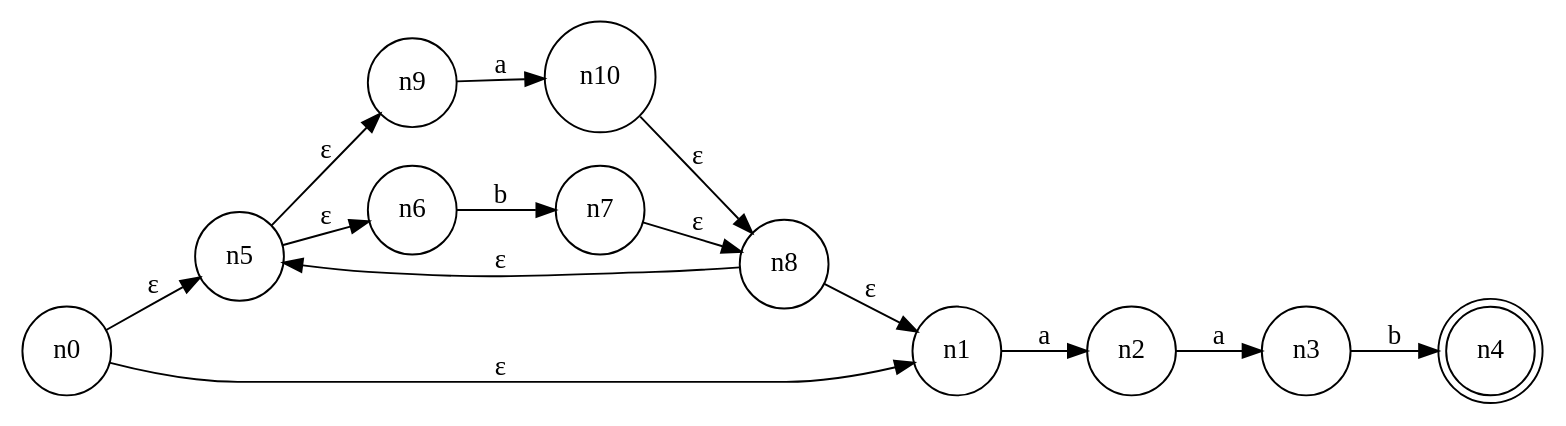
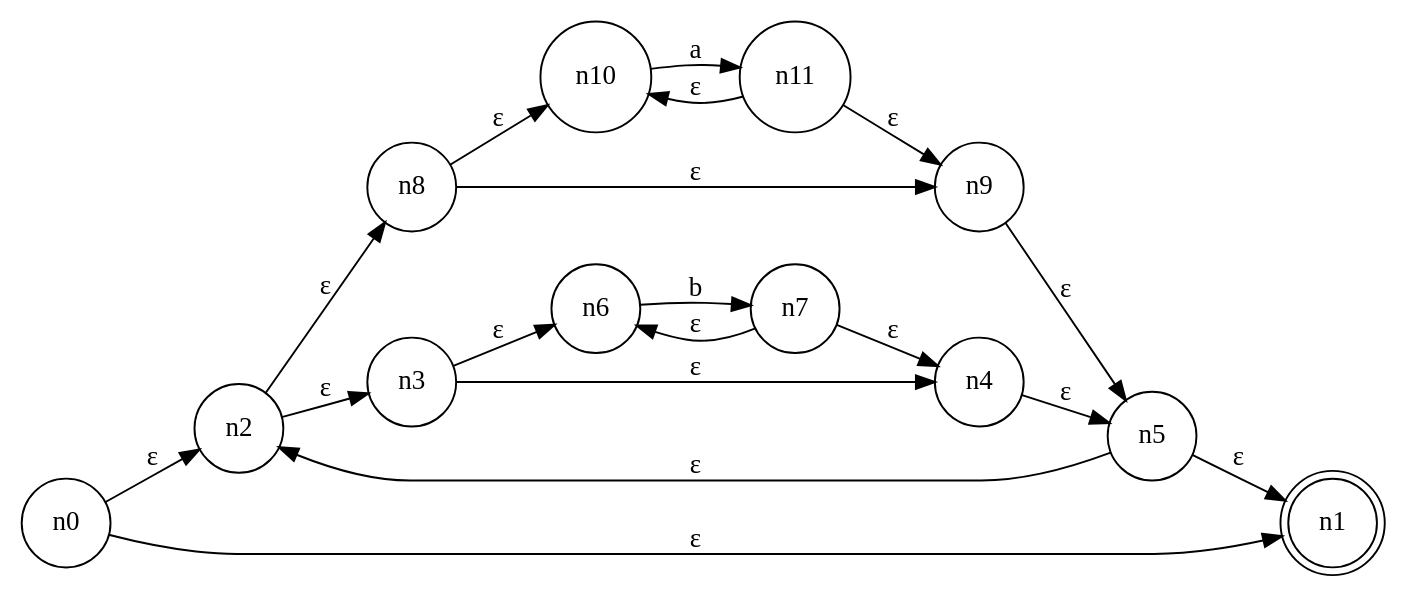
The diagram in thompson_construction/output.dot (LocalPiper/compiler-shenanigans), drawn with Graphviz before and after one commit. The commit also changed 8 other files, not shown here.

```diff
--- a/thompson_construction/output.dot
+++ b/thompson_construction/output.dot
@@ -1,27 +1,33 @@
 digraph DFA {
   rankdir=LR;
   n0 [shape=circle, label="n0"];
-  n0 -> n5 [label="ε"];
+  n0 -> n2 [label="ε"];
   n0 -> n1 [label="ε"];
+  n2 [shape=circle, label="n2"];
+  n2 -> n8 [label="ε"];
+  n2 -> n3 [label="ε"];
+  n8 [shape=circle, label="n8"];
+  n8 -> n10 [label="ε"];
+  n8 -> n9 [label="ε"];
+  n10 [shape=circle, label="n10"];
+  n10 -> n11 [label="a"];
+  n11 [shape=circle, label="n11"];
+  n11 -> n10 [label="ε"];
+  n11 -> n9 [label="ε"];
+  n9 [shape=circle, label="n9"];
+  n9 -> n5 [label="ε"];
   n5 [shape=circle, label="n5"];
-  n5 -> n9 [label="ε"];
-  n5 -> n6 [label="ε"];
-  n9 [shape=circle, label="n9"];
-  n9 -> n10 [label="a"];
-  n10 [shape=circle, label="n10"];
-  n10 -> n8 [label="ε"];
-  n8 [shape=circle, label="n8"];
-  n8 -> n5 [label="ε"];
-  n8 -> n1 [label="ε"];
-  n1 [shape=circle, label="n1"];
-  n1 -> n2 [label="a"];
-  n2 [shape=circle, label="n2"];
-  n2 -> n3 [label="a"];
+  n5 -> n2 [label="ε"];
+  n5 -> n1 [label="ε"];
+  n1 [shape=doublecircle, label="n1"];
   n3 [shape=circle, label="n3"];
-  n3 -> n4 [label="b"];
-  n4 [shape=doublecircle, label="n4"];
+  n3 -> n6 [label="ε"];
+  n3 -> n4 [label="ε"];
   n6 [shape=circle, label="n6"];
   n6 -> n7 [label="b"];
   n7 [shape=circle, label="n7"];
-  n7 -> n8 [label="ε"];
+  n7 -> n6 [label="ε"];
+  n7 -> n4 [label="ε"];
+  n4 [shape=circle, label="n4"];
+  n4 -> n5 [label="ε"];
 }
```
